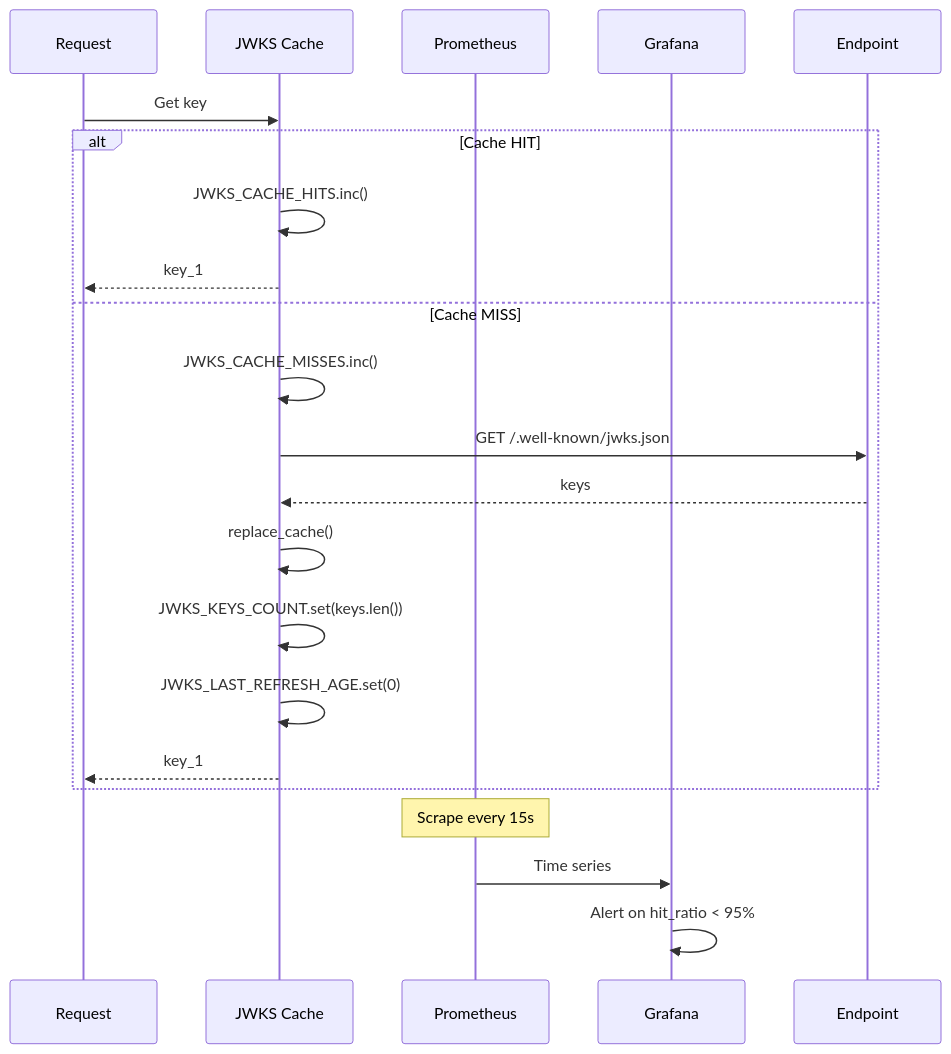
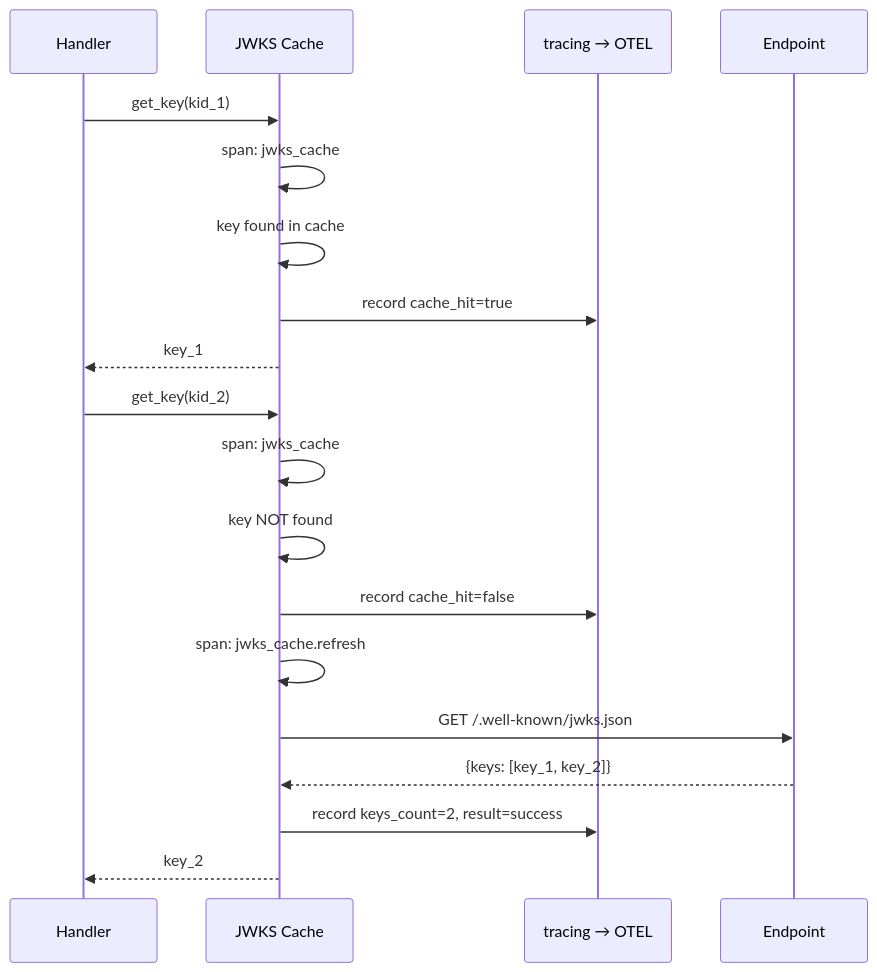
Before and after one commit to microscaler/sesame-idam: the first of 2 diagrams in docs/Epics/09-observability/stories/story-9.2.md, drawn with Mermaid. The commit also changed other lines of this file and 2 other files, not shown here.

Commit message:
docs(observability): rewrite Epic 9 to OTEL spans — no snowflake Prometheus counters, follow hauliage BRRTRouter pattern

````diff
--- a/docs/Epics/09-observability/stories/story-9.2.md
+++ b/docs/Epics/09-observability/stories/story-9.2.md
@@ -117,25 +122,23 @@
 ```mermaid
 sequenceDiagram
-    participant Request
+    participant Handler
     participant JWKS as JWKS Cache
-    participant Prometheus
-    participant Grafana
+    participant OTEL as tracing → OTEL
+    participant Endpoint
 
-    Request->>JWKS: Get key
-    alt Cache HIT
-        JWKS->>JWKS: JWKS_CACHE_HITS.inc()
-        JWKS-->>Request: key_1
-    else Cache MISS
-        JWKS->>JWKS: JWKS_CACHE_MISSES.inc()
-        JWKS->>Endpoint: GET /.well-known/jwks.json
-        Endpoint-->>JWKS: keys
-        JWKS->>JWKS: replace_cache()
-        JWKS->>JWKS: JWKS_KEYS_COUNT.set(keys.len())
-        JWKS->>JWKS: JWKS_LAST_REFRESH_AGE.set(0)
-        JWKS-->>Request: key_1
-    end
+    Handler->>JWKS: get_key(kid_1)
+    JWKS->>JWKS: span: jwks_cache
+    JWKS->>JWKS: key found in cache
+    JWKS->>OTEL: record cache_hit=true
+    JWKS-->>Handler: key_1
     
-    Note over Prometheus: Scrape every 15s
-    Prometheus->>Grafana: Time series
-    Grafana->>Grafana: Alert on hit_ratio < 95%
+    Handler->>JWKS: get_key(kid_2)
+    JWKS->>JWKS: span: jwks_cache
+    JWKS->>JWKS: key NOT found
+    JWKS->>OTEL: record cache_hit=false
+    JWKS->>JWKS: span: jwks_cache.refresh
+    JWKS->>Endpoint: GET /.well-known/jwks.json
+    Endpoint-->>JWKS: {keys: [key_1, key_2]}
+    JWKS->>OTEL: record keys_count=2, result=success
+    JWKS-->>Handler: key_2
 ```
````
